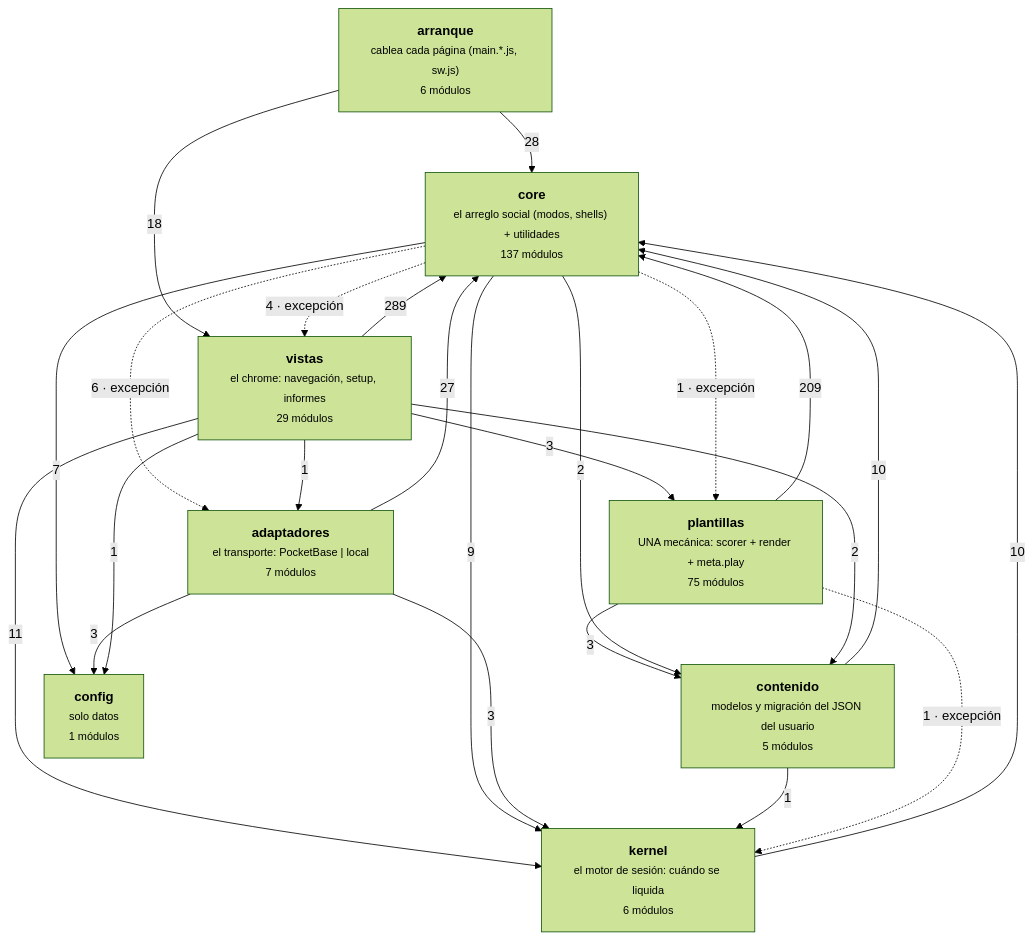
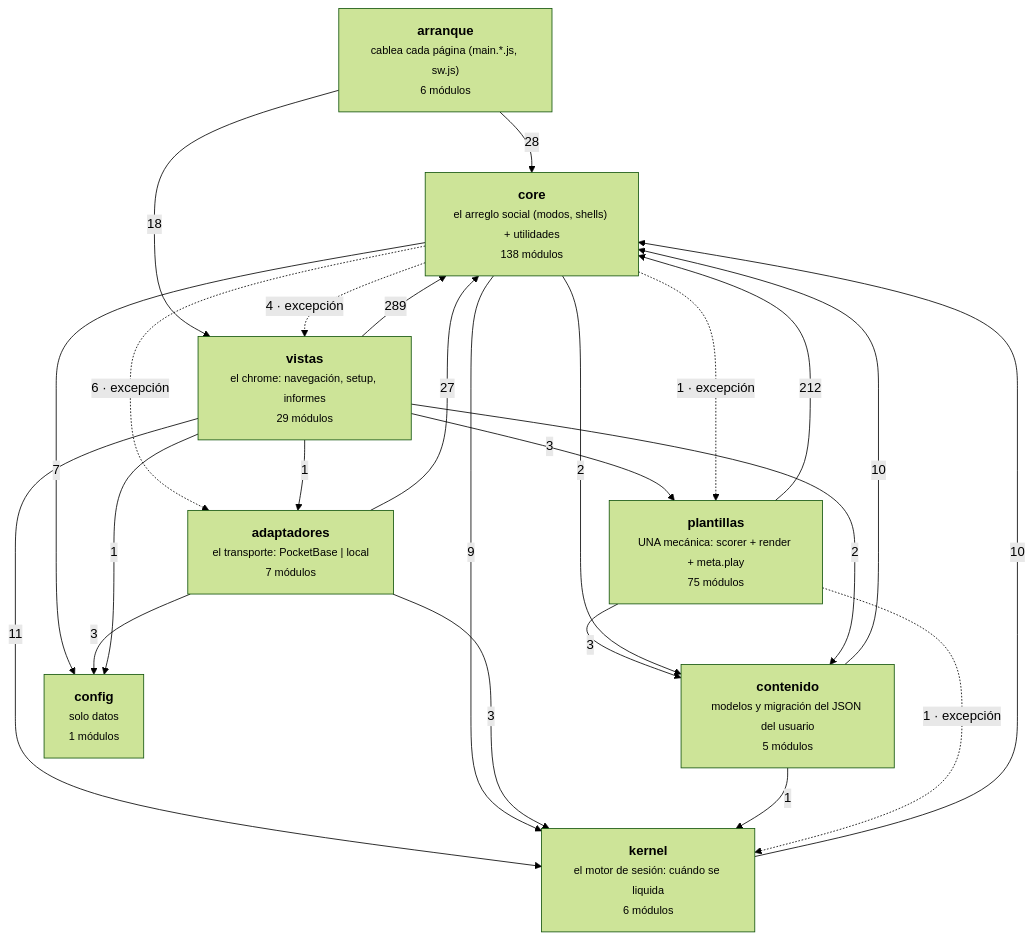
One commit to duecaz/ac changed the diagram in docs/arquitectura-modulos.md. Above: the diagram before and after it, drawn with Mermaid (forest theme). The commit also changed other lines of this file and 21 other files, not shown here.

````diff
--- a/docs/arquitectura-modulos.md
+++ b/docs/arquitectura-modulos.md
@@ -56,34 +56,34 @@
 ```mermaid
 graph TD
   A["<b>arranque</b><br/><small>cablea cada página (main.*.js, sw.js)</small><br/><small>6 módulos</small>"]
   V["<b>vistas</b><br/><small>el chrome: navegación, setup, informes</small><br/><small>29 módulos</small>"]
   AD["<b>adaptadores</b><br/><small>el transporte: PocketBase | local</small><br/><small>7 módulos</small>"]
-  C["<b>core</b><br/><small>el arreglo social (modos, shells) + utilidades</small><br/><small>137 módulos</small>"]
+  C["<b>core</b><br/><small>el arreglo social (modos, shells) + utilidades</small><br/><small>138 módulos</small>"]
   K["<b>kernel</b><br/><small>el motor de sesión: cuándo se liquida</small><br/><small>6 módulos</small>"]
   T["<b>plantillas</b><br/><small>UNA mecánica: scorer + render + meta.play</small><br/><small>75 módulos</small>"]
   CO["<b>contenido</b><br/><small>modelos y migración del JSON del usuario</small><br/><small>5 módulos</small>"]
   CF["<b>config</b><br/><small>solo datos</small><br/><small>1 módulos</small>"]
   V -->|289| C
-  T -->|209| C
+  T -->|212| C
   A -->|28| C
   AD -->|27| C
   A -->|18| V
   V -->|11| K
   CO -->|10| C
   K -->|10| C
   C -->|9| K
   C -->|7| CF
   C -.->|6 · excepción| AD
   C -.->|4 · excepción| V
   AD -->|3| CF
   AD -->|3| K
   T -->|3| CO
   V -->|3| T
   C -->|2| CO
   V -->|2| CO
   C -.->|1 · excepción| T
   CO -->|1| K
   T -.->|1 · excepción| K
   V -->|1| AD
   V -->|1| CF
 ```
````
